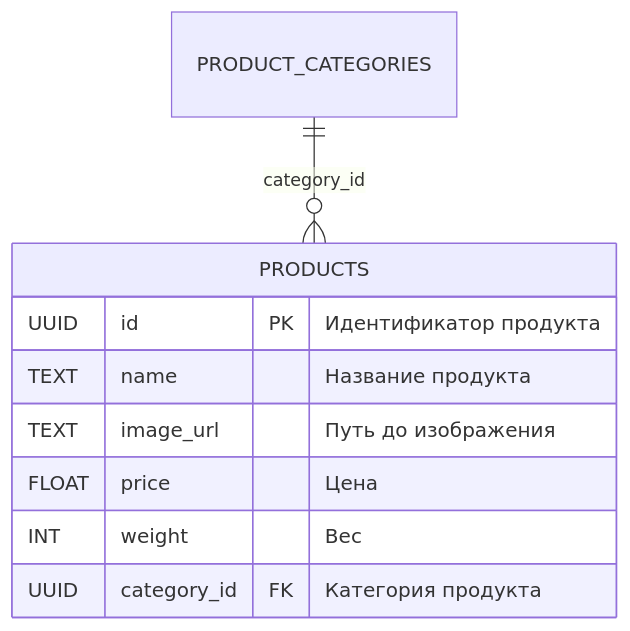
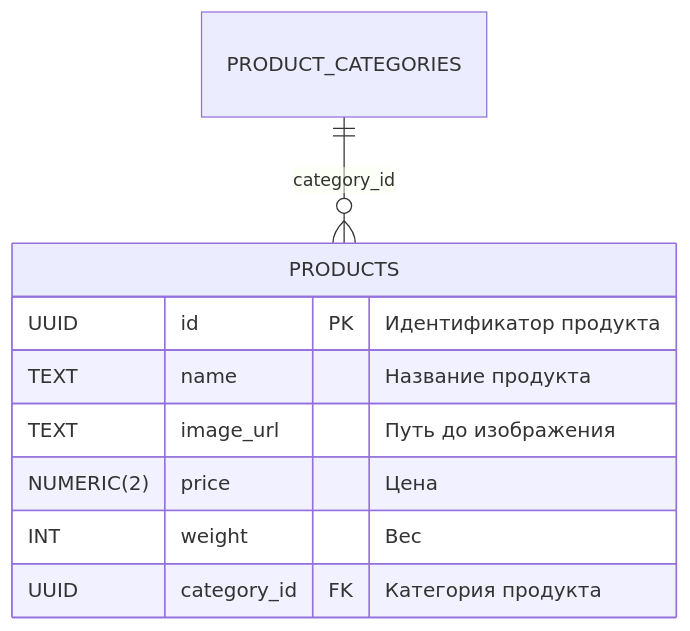
One commit to go-park-mail-ru/2025_1_adminadmin changed diagram 13 of 13 in db/db_norm/relations.md. Above: the diagram before and after it, drawn with Mermaid. The commit also changed other lines of this file and 2 other files, not shown here.

````diff
--- a/db/db_norm/relations.md
+++ b/db/db_norm/relations.md
@@ -613,12 +613,12 @@
 ```mermaid
 erDiagram
     PRODUCTS {
         UUID id PK "Идентификатор продукта"
         TEXT name "Название продукта"
         TEXT image_url "Путь до изображения"
-        FLOAT price "Цена"
+        NUMERIC(2) price "Цена"
         INT weight "Вес"
         UUID category_id FK "Категория продукта"
     }
     PRODUCT_CATEGORIES ||--o{ PRODUCTS : "category_id"
 ```
````
